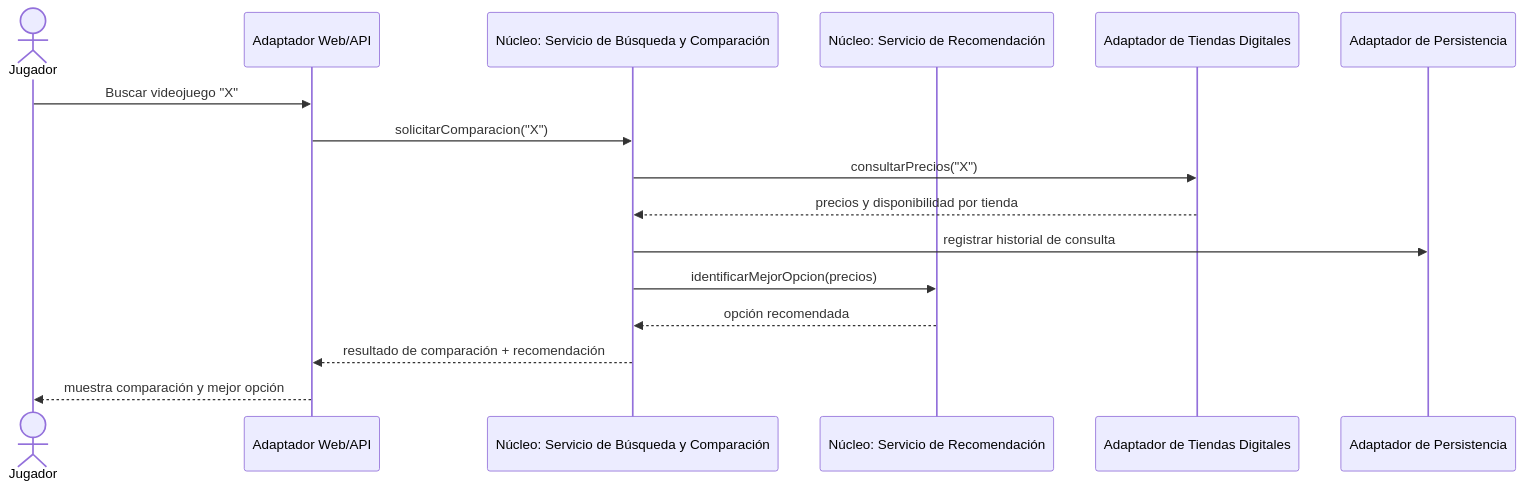
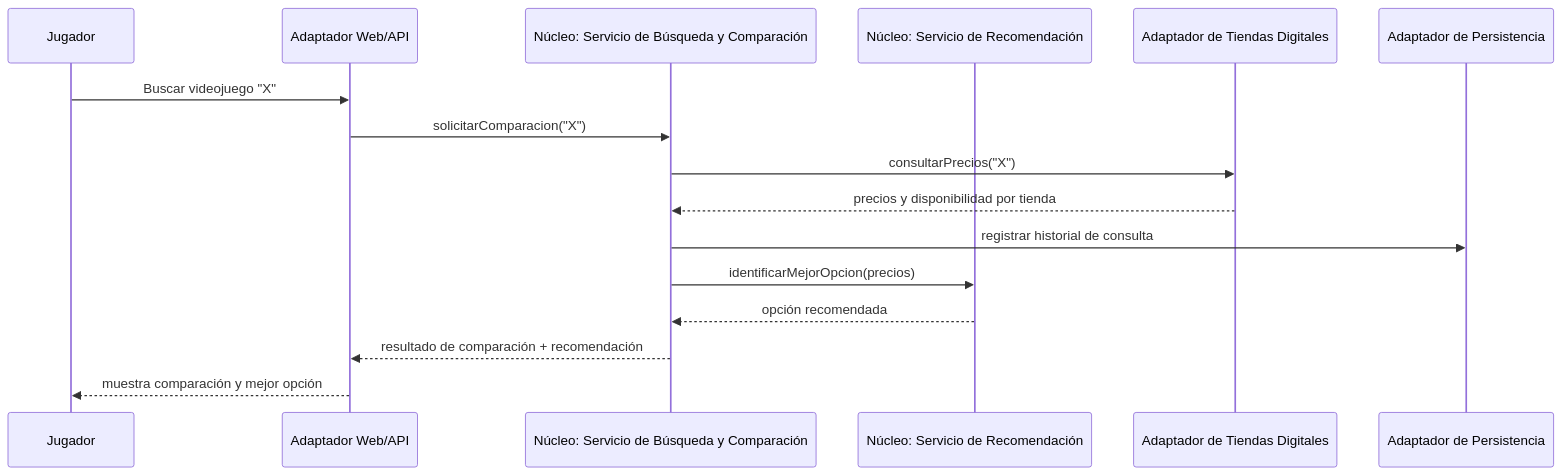
One commit to ISCOUTB/AS_202620_Drift changed the first of 3 diagrams in docs/arc42/arc42_6_Vista_Ejecucion.md. Above: the diagram before and after it, drawn with Mermaid. The commit also changed other lines of this file, not shown here.

````diff
--- a/docs/arc42/arc42_6_Vista_Ejecucion.md
+++ b/docs/arc42/arc42_6_Vista_Ejecucion.md
@@ -9,19 +9,19 @@
 ```mermaid
 sequenceDiagram
-    actor Jugador
+    participant Jugador
     participant UI as Adaptador Web/API
     participant BUSQ as Núcleo: Servicio de Búsqueda y Comparación
     participant REC as Núcleo: Servicio de Recomendación
     participant TIENDAS as Adaptador de Tiendas Digitales
     participant PERSIST as Adaptador de Persistencia
 
     Jugador->>UI: Buscar videojuego "X"
     UI->>BUSQ: solicitarComparacion("X")
     BUSQ->>TIENDAS: consultarPrecios("X")
     TIENDAS-->>BUSQ: precios y disponibilidad por tienda
     BUSQ->>PERSIST: registrar historial de consulta
     BUSQ->>REC: identificarMejorOpcion(precios)
     REC-->>BUSQ: opción recomendada
     BUSQ-->>UI: resultado de comparación + recomendación
     UI-->>Jugador: muestra comparación y mejor opción
 ```
````
